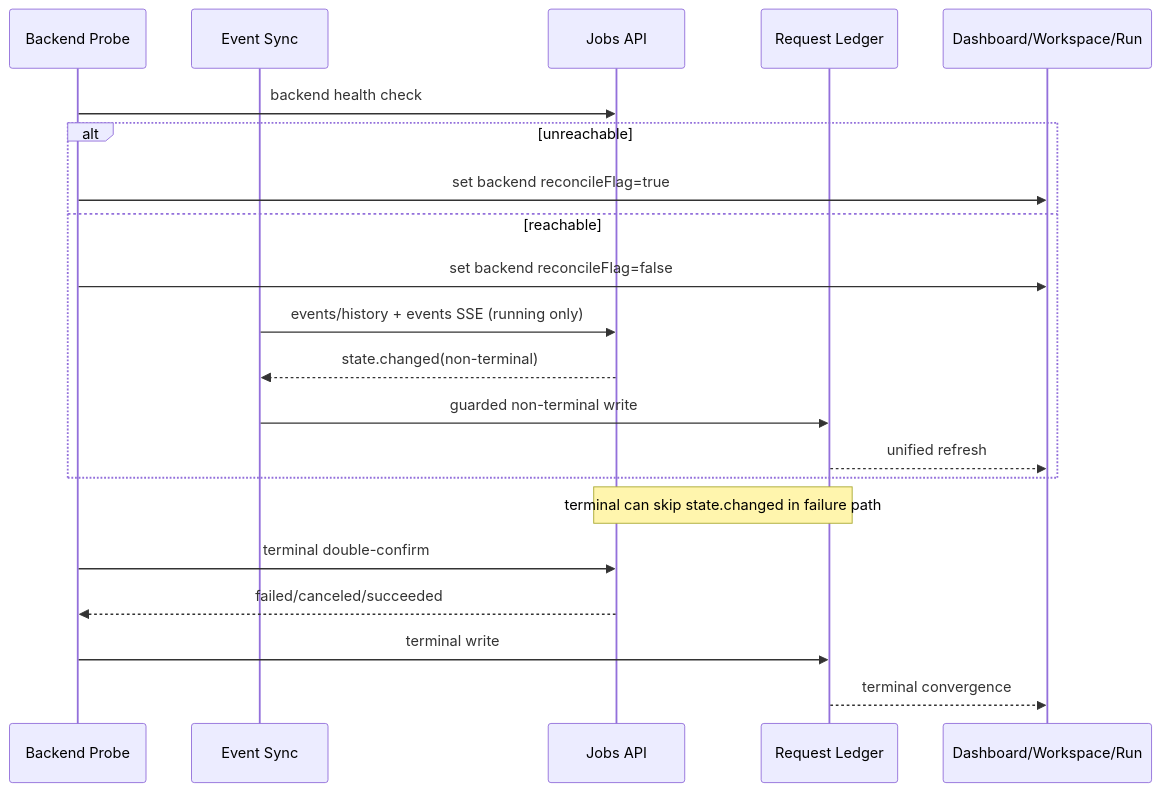
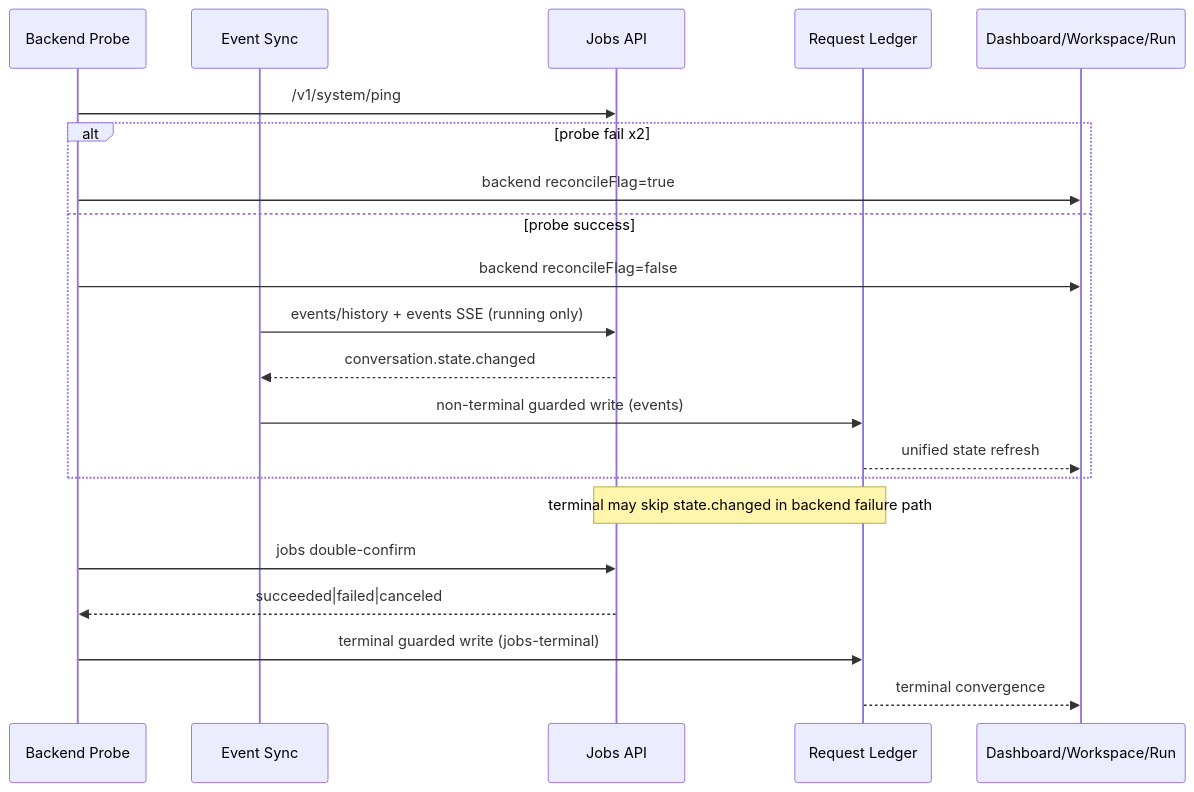
One commit to leike0813/Zotero-Skills changed the diagram in doc/components/skillrunner-provider-state-machine-ssot.md. Above: the diagram before and after it, drawn with Mermaid. The commit also changed other lines of this file and 50 other files, not shown here.

````diff
--- a/doc/components/skillrunner-provider-state-machine-ssot.md
+++ b/doc/components/skillrunner-provider-state-machine-ssot.md
@@ -215,25 +177,25 @@
 ```mermaid
 sequenceDiagram
     participant Probe as Backend Probe
     participant Sync as Event Sync
     participant Jobs as Jobs API
     participant Ledger as Request Ledger
     participant UI as Dashboard/Workspace/Run
 
-    Probe->>Jobs: backend health check
-    alt unreachable
-      Probe->>UI: set backend reconcileFlag=true
-    else reachable
-      Probe->>UI: set backend reconcileFlag=false
+    Probe->>Jobs: /v1/system/ping
+    alt probe fail x2
+      Probe->>UI: backend reconcileFlag=true
+    else probe success
+      Probe->>UI: backend reconcileFlag=false
       Sync->>Jobs: events/history + events SSE (running only)
-      Jobs-->>Sync: state.changed(non-terminal)
-      Sync->>Ledger: guarded non-terminal write
-      Ledger-->>UI: unified refresh
+      Jobs-->>Sync: conversation.state.changed
+      Sync->>Ledger: non-terminal guarded write (events)
+      Ledger-->>UI: unified state refresh
     end
 
-    Note over Jobs,Ledger: terminal can skip state.changed in failure path
-    Probe->>Jobs: terminal double-confirm
-    Jobs-->>Probe: failed/canceled/succeeded
-    Probe->>Ledger: terminal write
+    Note over Jobs,Ledger: terminal may skip state.changed in backend failure path
+    Probe->>Jobs: jobs double-confirm
+    Jobs-->>Probe: succeeded|failed|canceled
+    Probe->>Ledger: terminal guarded write (jobs-terminal)
     Ledger-->>UI: terminal convergence
 ```
````
